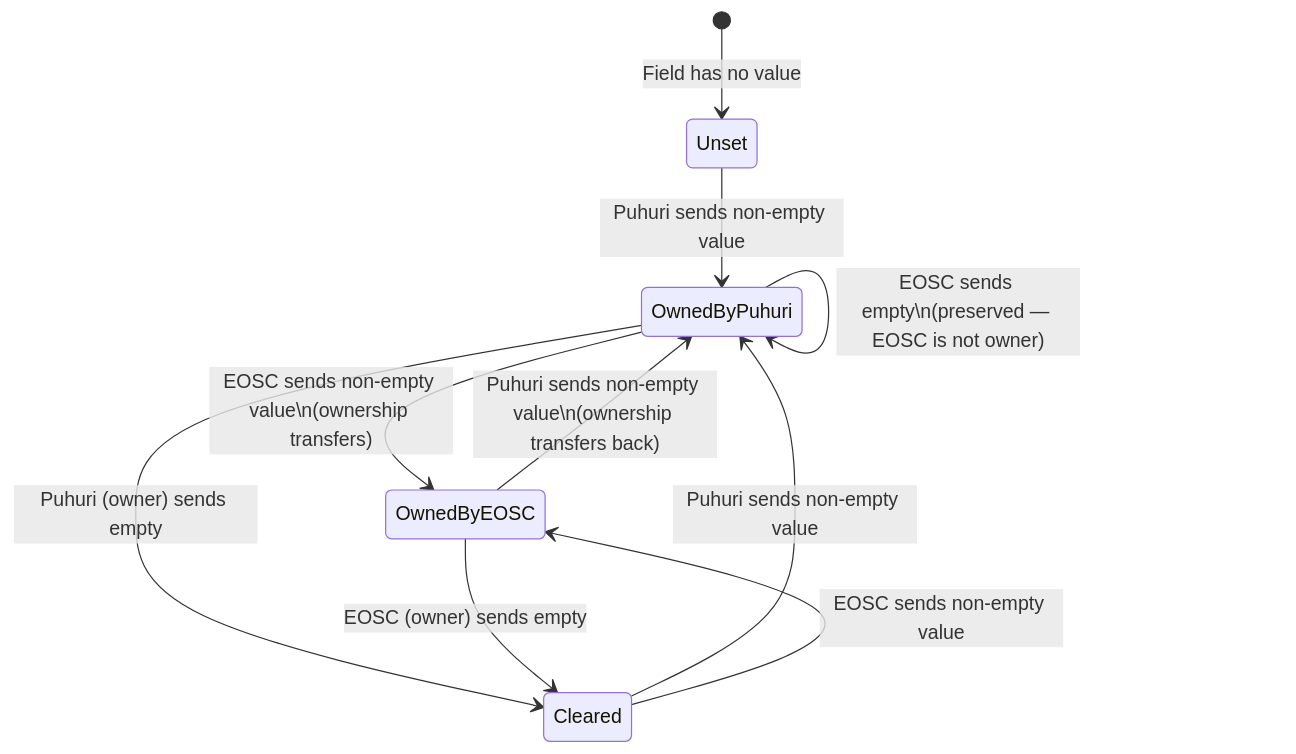
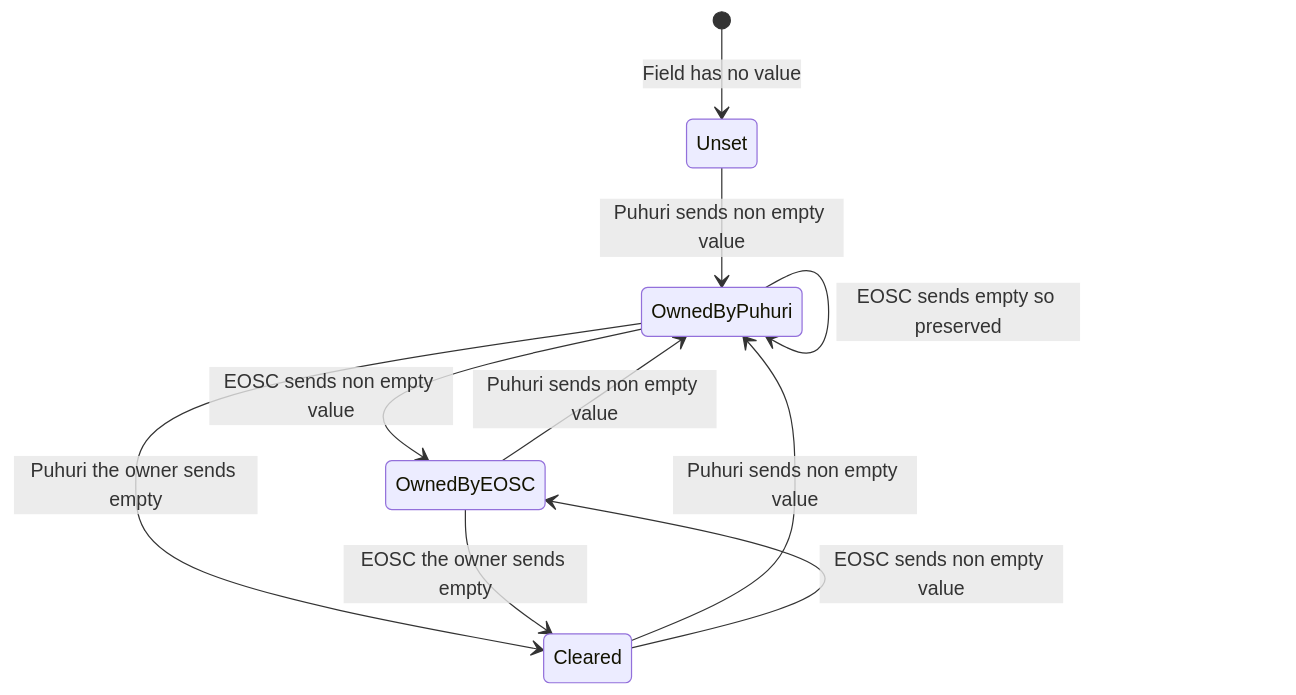
Before and after one commit to waldur/waldur-docs: the third of 9 diagrams in docs/developer-guide/identity-bridge.md, drawn with Mermaid. The commit also changed other lines of this file and 34 other files, not shown here.

````diff
--- a/docs/developer-guide/identity-bridge.md
+++ b/docs/developer-guide/identity-bridge.md
@@ -101,15 +101,15 @@
 ```mermaid
 stateDiagram-v2
     [*] --> Unset: Field has no value
 
-    Unset --> OwnedByPuhuri: Puhuri sends non-empty value
-    OwnedByPuhuri --> OwnedByEOSC: EOSC sends non-empty value\n(ownership transfers)
-    OwnedByPuhuri --> Cleared: Puhuri (owner) sends empty
-    OwnedByPuhuri --> OwnedByPuhuri: EOSC sends empty\n(preserved — EOSC is not owner)
+    Unset --> OwnedByPuhuri: Puhuri sends non empty value
+    OwnedByPuhuri --> OwnedByEOSC: EOSC sends non empty value
+    OwnedByPuhuri --> Cleared: Puhuri the owner sends empty
+    OwnedByPuhuri --> OwnedByPuhuri: EOSC sends empty so preserved
 
-    OwnedByEOSC --> OwnedByPuhuri: Puhuri sends non-empty value\n(ownership transfers back)
-    OwnedByEOSC --> Cleared: EOSC (owner) sends empty
+    OwnedByEOSC --> OwnedByPuhuri: Puhuri sends non empty value
+    OwnedByEOSC --> Cleared: EOSC the owner sends empty
 
-    Cleared --> OwnedByPuhuri: Puhuri sends non-empty value
-    Cleared --> OwnedByEOSC: EOSC sends non-empty value
+    Cleared --> OwnedByPuhuri: Puhuri sends non empty value
+    Cleared --> OwnedByEOSC: EOSC sends non empty value
 ```
````
